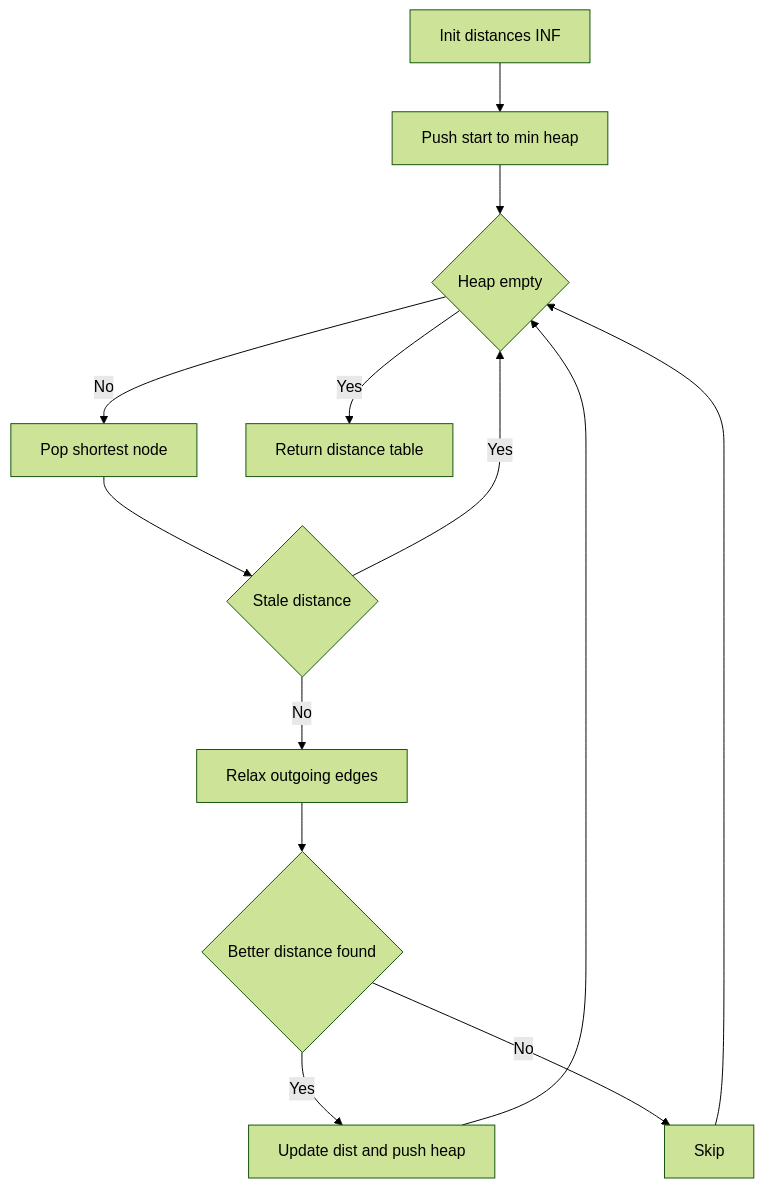
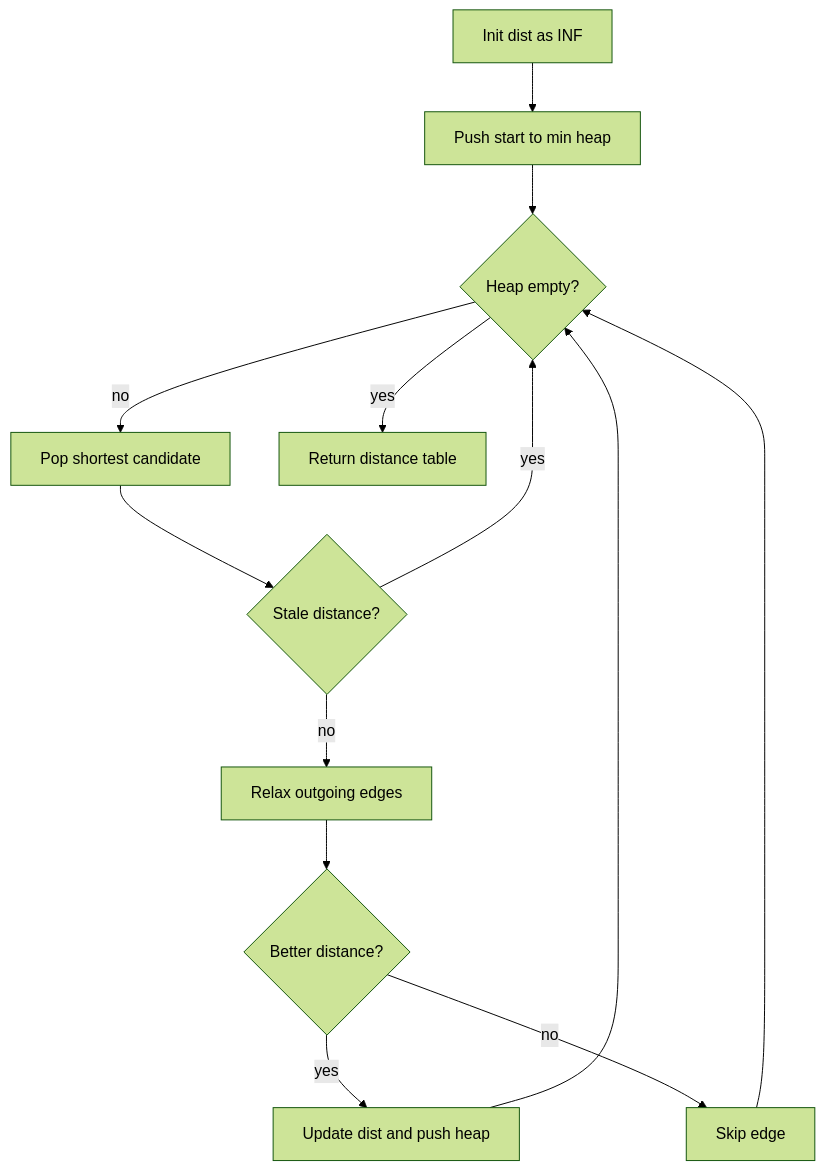
One commit to choisimo/document changed the diagram in content/docs/algorithms/algorithm-architect/01-graph/03-dijkstra.md. Above: the diagram before and after it, drawn with Mermaid (forest theme). The commit also changed other lines of this file and 432 other files, not shown here.

````diff
--- a/content/docs/algorithms/algorithm-architect/01-graph/03-dijkstra.md
+++ b/content/docs/algorithms/algorithm-architect/01-graph/03-dijkstra.md
@@ -21,15 +73,15 @@
 ```mermaid
 flowchart TD
-    A[Init distances INF] --> B[Push start to min heap]
-    B --> C{Heap empty}
-    C -- No --> D[Pop shortest node]
-    D --> E{Stale distance}
-    E -- Yes --> C
-    E -- No --> F[Relax outgoing edges]
-    F --> G{Better distance found}
-    G -- Yes --> H[Update dist and push heap]
-    G -- No --> I[Skip]
+    A[Init dist as INF] --> B[Push start to min heap]
+    B --> C{Heap empty?}
+    C -- no --> D[Pop shortest candidate]
+    D --> E{Stale distance?}
+    E -- yes --> C
+    E -- no --> F[Relax outgoing edges]
+    F --> G{Better distance?}
+    G -- yes --> H[Update dist and push heap]
+    G -- no --> I[Skip edge]
     H --> C
     I --> C
-    C -- Yes --> J[Return distance table]
+    C -- yes --> J[Return distance table]
 ```
````
